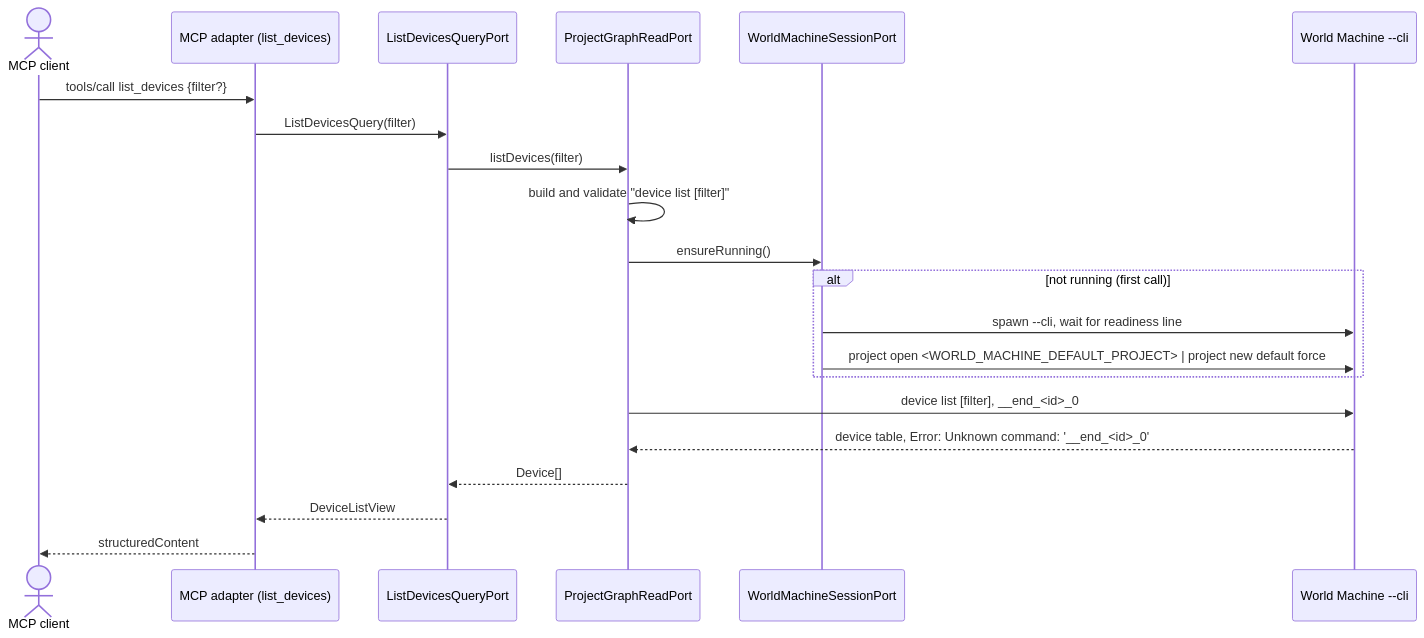
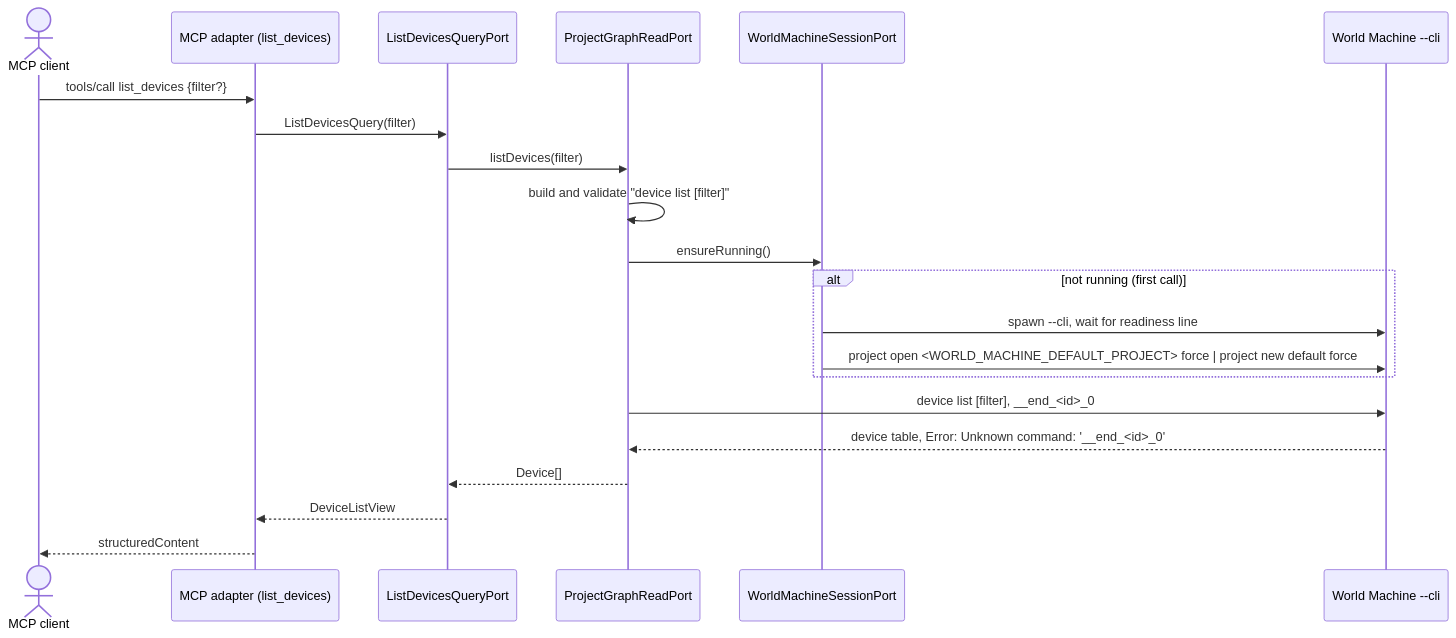
One commit to pveeckhout/worldmachine-mcp changed the second of 3 diagrams in docs/superpowers/specs/2026-10-04-worldmachine-mcp-design.md. Above: the diagram before and after it, drawn with Mermaid. The commit also changed other lines of this file and 1 other file, not shown here.

Commit message:
docs: record the unsaved start-up project and close V7

````diff
--- a/docs/superpowers/specs/2026-10-04-worldmachine-mcp-design.md
+++ b/docs/superpowers/specs/2026-10-04-worldmachine-mcp-design.md
@@ -194,23 +195,23 @@
 ```mermaid
 sequenceDiagram
   actor C as MCP client
   participant T as MCP adapter (list_devices)
   participant Q as ListDevicesQueryPort
   participant R as ProjectGraphReadPort
   participant S as WorldMachineSessionPort
   participant W as World Machine --cli
   C->>T: tools/call list_devices {filter?}
   T->>Q: ListDevicesQuery(filter)
   Q->>R: listDevices(filter)
   R->>R: build and validate "device list [filter]"
   R->>S: ensureRunning()
   alt not running (first call)
     S->>W: spawn --cli, wait for readiness line
-    S->>W: project open <WORLD_MACHINE_DEFAULT_PROJECT> | project new default force
+    S->>W: project open <WORLD_MACHINE_DEFAULT_PROJECT> force | project new default force
   end
   R->>W: device list [filter], __end_<id>_0
   W-->>R: device table, Error: Unknown command: '__end_<id>_0'
   R-->>Q: Device[]
   Q-->>T: DeviceListView
   T-->>C: structuredContent
 ```
````
